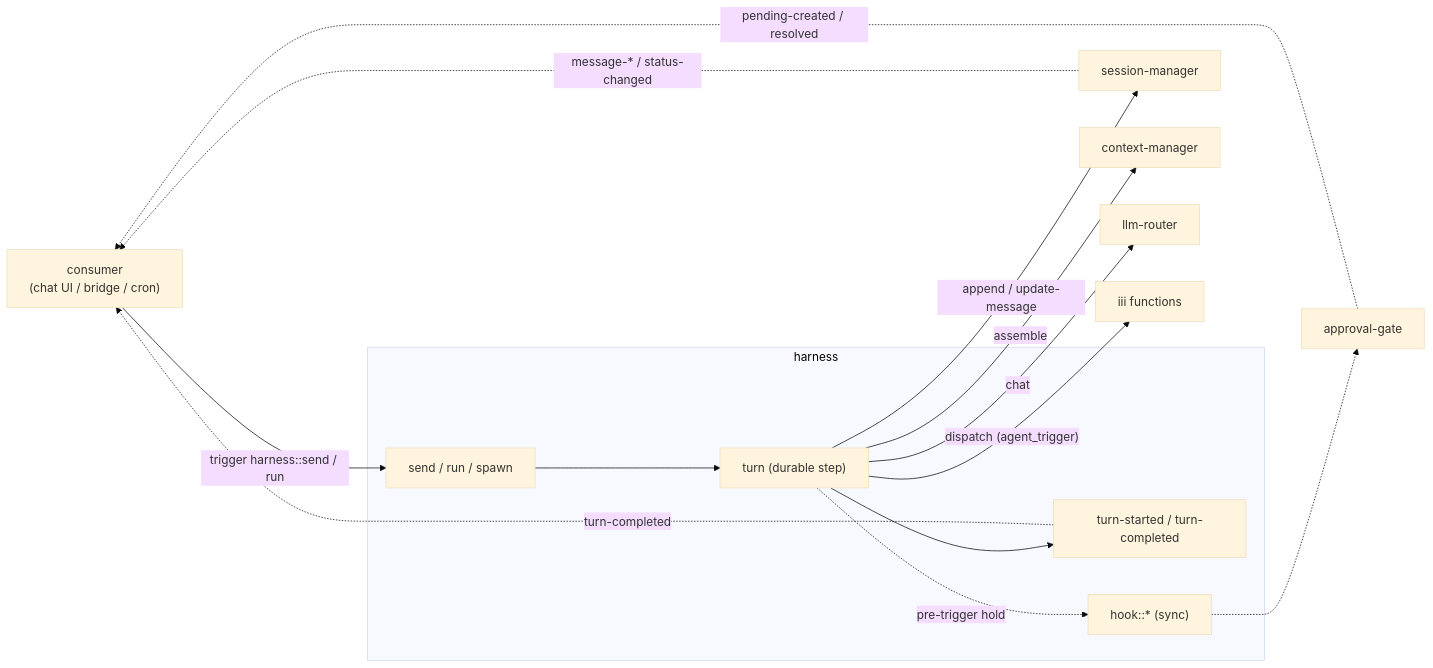
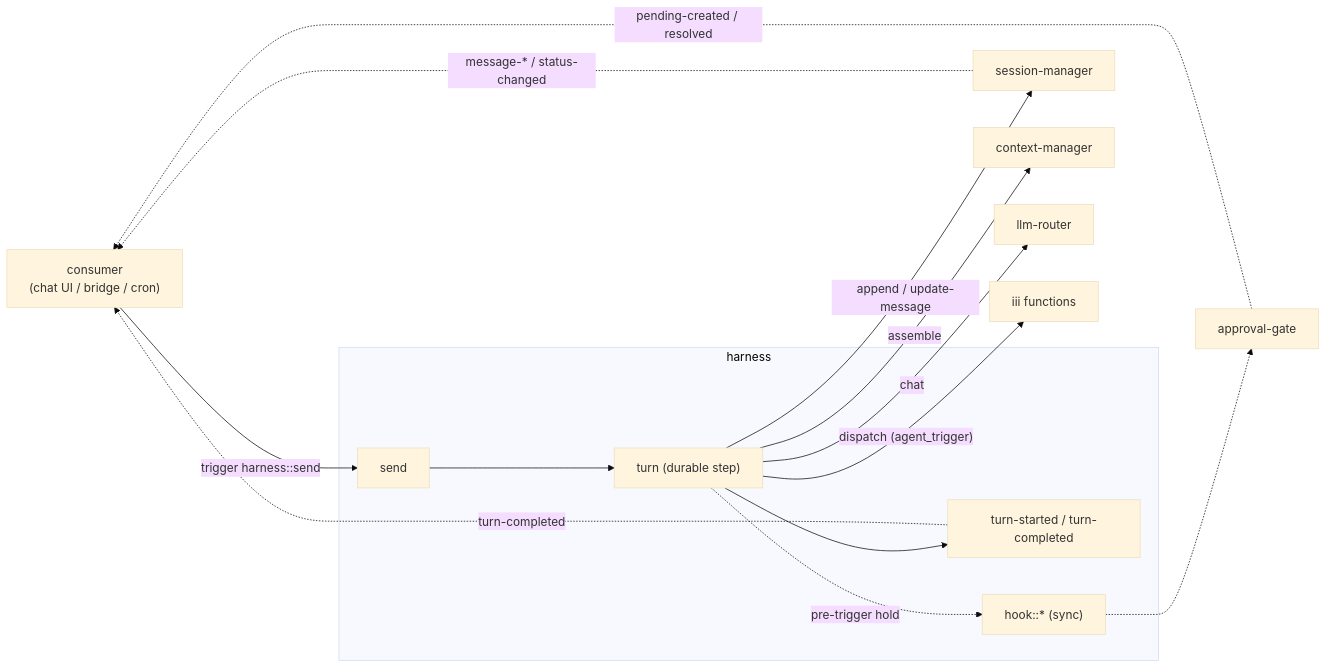
Before and after one commit to iii-hq/workers: the diagram in harness/architecture/README.md, drawn with Mermaid (base theme). The commit also changed other lines of this file and 23 other files, not shown here.

````diff
--- a/harness/architecture/README.md
+++ b/harness/architecture/README.md
@@ -47,28 +46,28 @@
 ```mermaid
 flowchart LR
   consumer["consumer<br/>(chat UI / bridge / cron)"]
   subgraph harness [harness]
-    entry["send / run / spawn"]
+    entry["send"]
     loopStep["turn (durable step)"]
     events["turn-started / turn-completed"]
     hooks["hook::* (sync)"]
   end
   session["session-manager"]
   ctx["context-manager"]
   router["llm-router"]
   gate["approval-gate"]
   fns["iii functions"]
 
-  consumer -->|"trigger harness::send / run"| entry
+  consumer -->|"trigger harness::send"| entry
   entry --> loopStep
   loopStep -->|"append / update-message"| session
   loopStep -->|"assemble"| ctx
   loopStep -->|"chat"| router
   loopStep -->|"dispatch (agent_trigger)"| fns
   loopStep --> events
   loopStep -.->|"pre-trigger hold"| hooks
   hooks -.-> gate
   session -.->|"message-* / status-changed"| consumer
   events -.->|"turn-completed"| consumer
   gate -.->|"pending-created / resolved"| consumer
 ```
````
